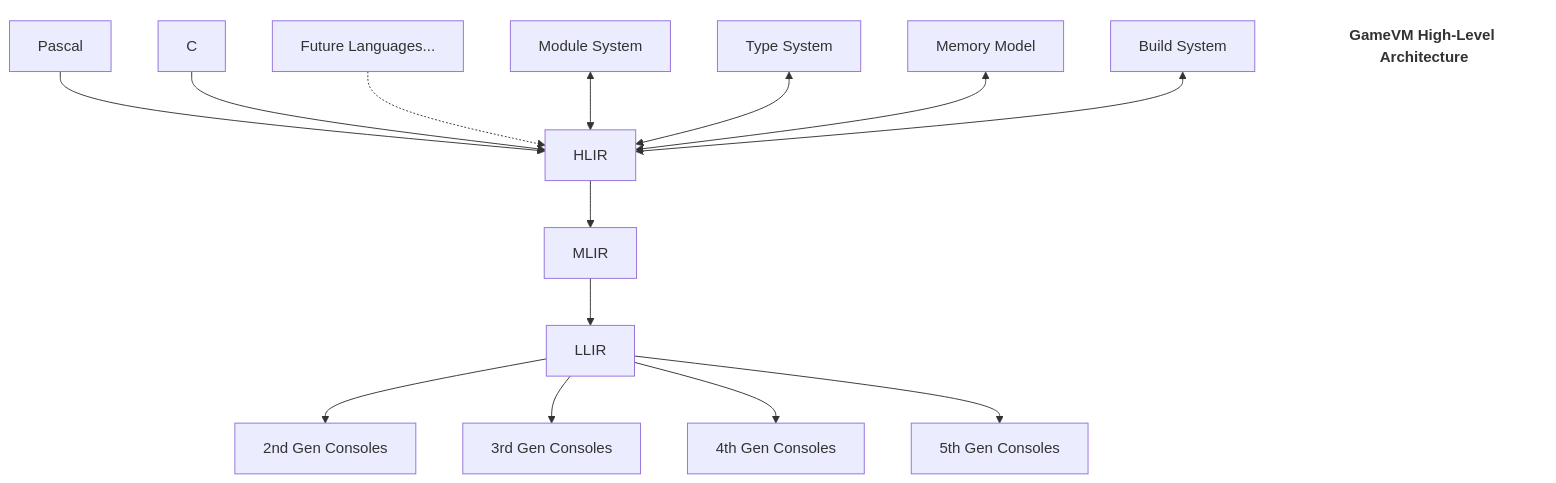
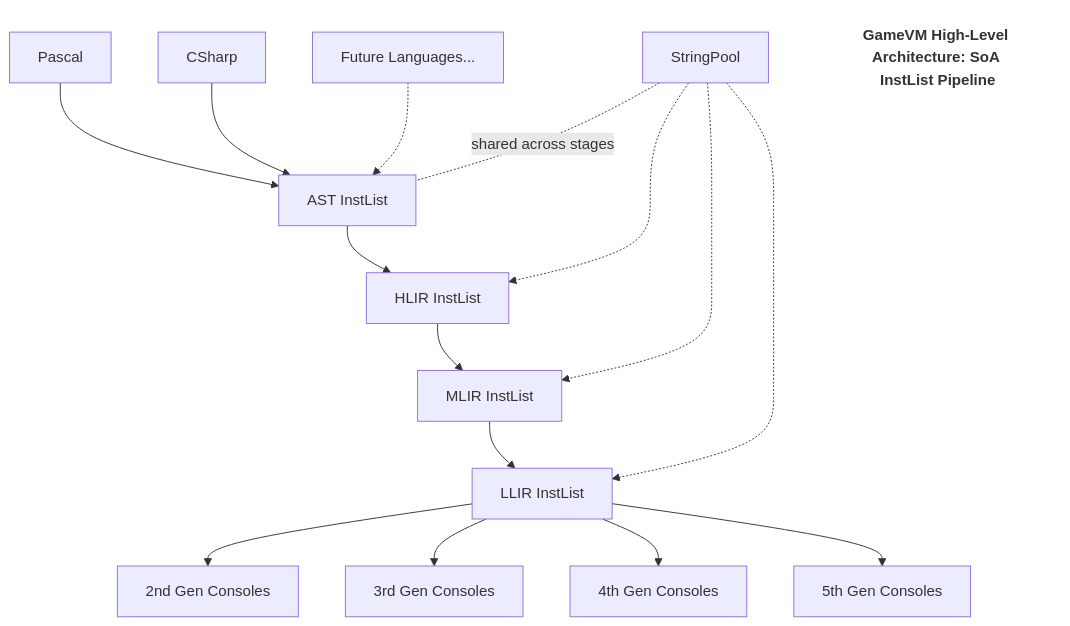
Before and after one commit to kennethcochran/GameVM: the diagram in docs/architecture/ArchitectureOverview.md, drawn with Mermaid. The commit also changed other lines of this file and 149 other files, not shown here.

First line of the commit message:
feat: complete slab-soa-refactor — SoA InstList pipeline complete

````diff
--- a/docs/architecture/ArchitectureOverview.md
+++ b/docs/architecture/ArchitectureOverview.md
@@ -28,29 +29,28 @@
 ```mermaid
 graph TD
     %% Frontend Nodes
-    P[Pascal] --> HLIR[HLIR]
-    C[C] --> HLIR
-    
-    %% Future Languages (dashed)
-    FUTURE[Future Languages...] -.-> HLIR
-    
-    %% IR Pipeline
-    HLIR --> MLIR[MLIR]
-    MLIR --> LLIR[LLIR]
-    
+    P[Pascal] --> AST[AST InstList]
+    CS[CSharp] --> AST
+    FUTURE[Future Languages...] -.-> AST
+
+    %% IR Pipeline (all SoA InstList)
+    AST --> H[HLIR InstList]
+    H --> M[MLIR InstList]
+    M --> L[LLIR InstList]
+
     %% Backend Targets
-    LLIR --> GEN2[2nd Gen Consoles]
-    LLIR --> GEN3[3rd Gen Consoles]
-    LLIR --> GEN4[4th Gen Consoles]
-    LLIR --> GEN5[5th Gen Consoles]
-    
+    L --> GEN2[2nd Gen Consoles]
+    L --> GEN3[3rd Gen Consoles]
+    L --> GEN4[4th Gen Consoles]
+    L --> GEN5[5th Gen Consoles]
+
     %% Core Services
-    MS[Module System] <--> HLIR
-    TS[Type System] <--> HLIR
-    MM[Memory Model] <--> HLIR
-    BS[Build System] <--> HLIR
-    
+    SP[StringPool] -. shared across stages .- AST
+    SP -.-> H
+    SP -.-> M
+    SP -.-> L
+
     %% Add a title
     classDef titleStyle fill:none,stroke:none,font-weight:bold,font-size:16px
-    Title[GameVM High-Level Architecture]:::titleStyle
+    Title[GameVM High-Level Architecture: SoA InstList Pipeline]:::titleStyle
 ```
````
